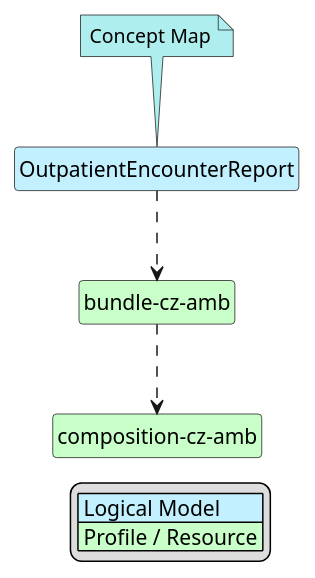
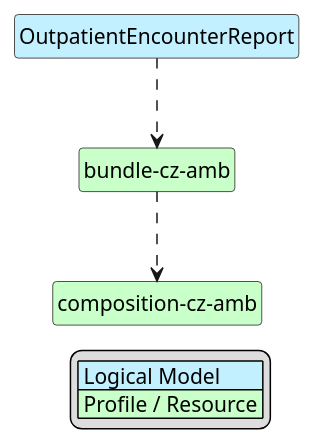
One commit to HL7-cz/amb changed the diagram in input/images-source/OutpatientEncounterReport-map.plantuml. Above: the diagram before and after it, drawn with PlantUML. The commit also changed 3 other files, not shown here.

```diff
--- a/input/images-source/OutpatientEncounterReport-map.plantuml
+++ b/input/images-source/OutpatientEncounterReport-map.plantuml
@@ -1,38 +1,35 @@
 @startuml OutpatientEncounterReport-map
 hide circle
 hide stereotype
 hide members
 hide methods
 
 skinparam linetype ortho
 skinparam class {
   BackgroundColor<<LogicalModel>> #APPLICATION
   BackgroundColor<<Profile>> #TECHNOLOGY
 }
 
 legend right
 | <#APPLICATION> Logical Model |
 | <#TECHNOLOGY> Profile / Resource |
 endlegend
 
 ' -----------------------------
 ' Source logical model
 ' -----------------------------
 class "OutpatientEncounterReport" <<LogicalModel>> [[StructureDefinition-OutpatientEncounterReportCz.html]]
 
-note top #PaleTurquoise [[ConceptMap-outpatientEncounterReport2FHIR-cz-amb.html]]
-Concept Map
-endnote
 
 ' -----------------------------
 ' Target Composition (container)
 ' -----------------------------
 class "composition-cz-amb" <<Profile>> [[StructureDefinition-cz-composition-amb.html]]
 class "bundle-cz-amb" <<Profile>> [[StructureDefinition-cz-bundle-amb.html]]
 
 
 ' --- Realization links ---
 "OutpatientEncounterReport" ..> "bundle-cz-amb"
 "bundle-cz-amb" ..> "composition-cz-amb"
 
 @enduml
```
